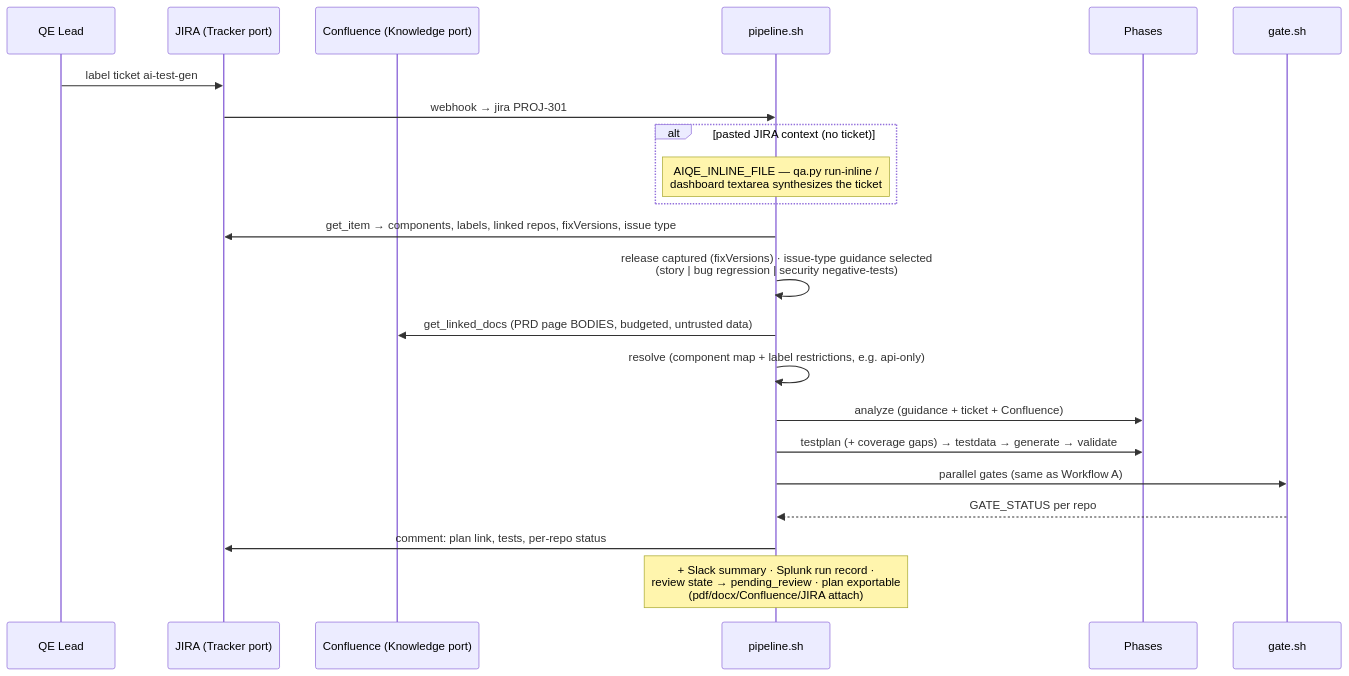
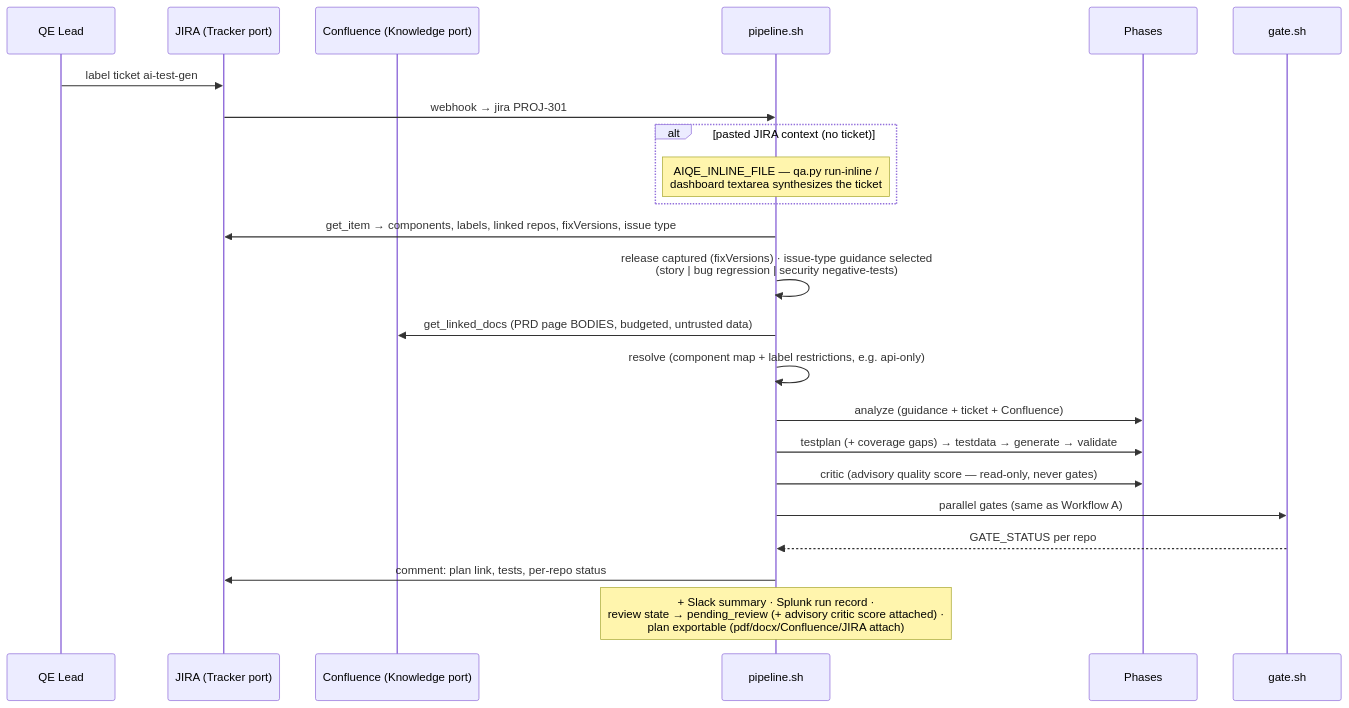
Before and after one commit to anandtopu/auto-tests-gen: the fourth of 15 diagrams in docs/diagrams.md, drawn with Mermaid. The commit also changed other lines of this file and 25 other files, not shown here.

````diff
--- a/docs/diagrams.md
+++ b/docs/diagrams.md
@@ -114,25 +115,26 @@
 ```mermaid
 sequenceDiagram
     participant QE as QE Lead
     participant J as JIRA (Tracker port)
     participant C as Confluence (Knowledge port)
     participant P as pipeline.sh
     participant LLM as Phases
     participant G as gate.sh
 
     QE->>J: label ticket ai-test-gen
     J->>P: webhook → jira PROJ-301
     alt pasted JIRA context (no ticket)
         Note over P: AIQE_INLINE_FILE — qa.py run-inline /<br/>dashboard textarea synthesizes the ticket
     end
     P->>J: get_item → components, labels, linked repos, fixVersions, issue type
     P->>P: release captured (fixVersions) · issue-type guidance selected<br/>(story | bug regression | security negative-tests)
     P->>C: get_linked_docs (PRD page BODIES, budgeted, untrusted data)
     P->>P: resolve (component map + label restrictions, e.g. api-only)
     P->>LLM: analyze (guidance + ticket + Confluence)
     P->>LLM: testplan (+ coverage gaps) → testdata → generate → validate
+    P->>LLM: critic (advisory quality score — read-only, never gates)
     P->>G: parallel gates (same as Workflow A)
     G-->>P: GATE_STATUS per repo
     P->>J: comment: plan link, tests, per-repo status
-    Note over P: + Slack summary · Splunk run record ·<br/>review state → pending_review · plan exportable<br/>(pdf/docx/Confluence/JIRA attach)
+    Note over P: + Slack summary · Splunk run record ·<br/>review state → pending_review (+ advisory critic score attached) ·<br/>plan exportable (pdf/docx/Confluence/JIRA attach)
 ```
````
